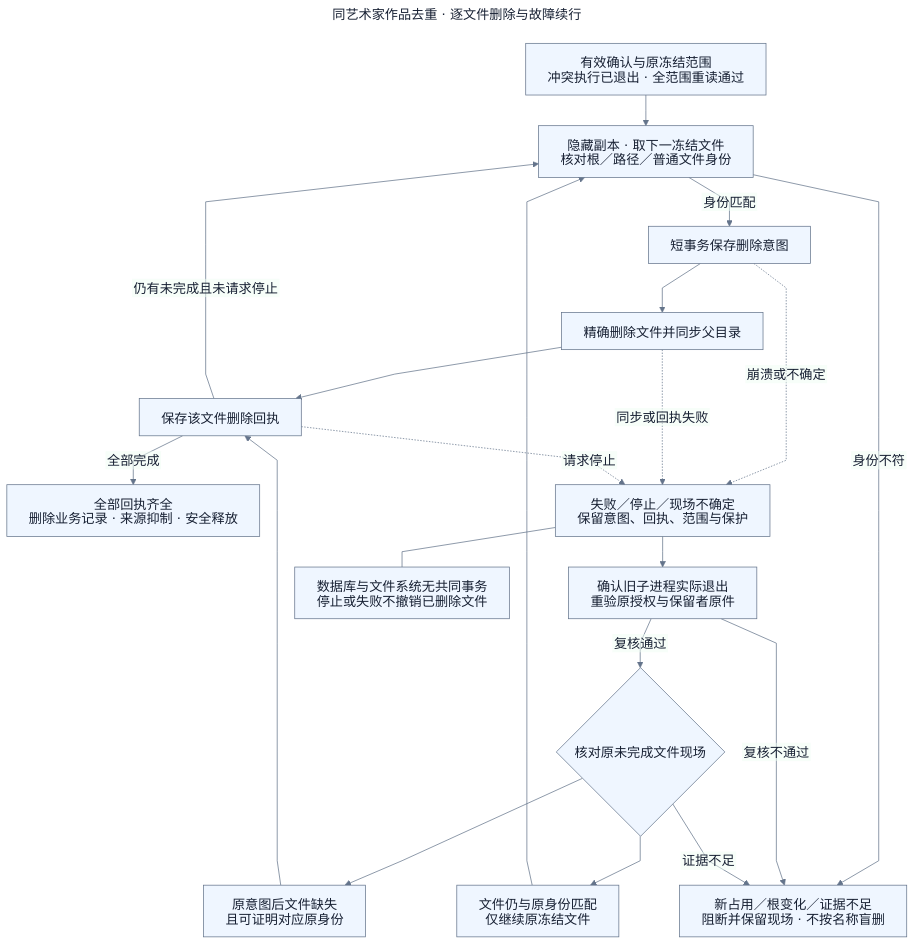
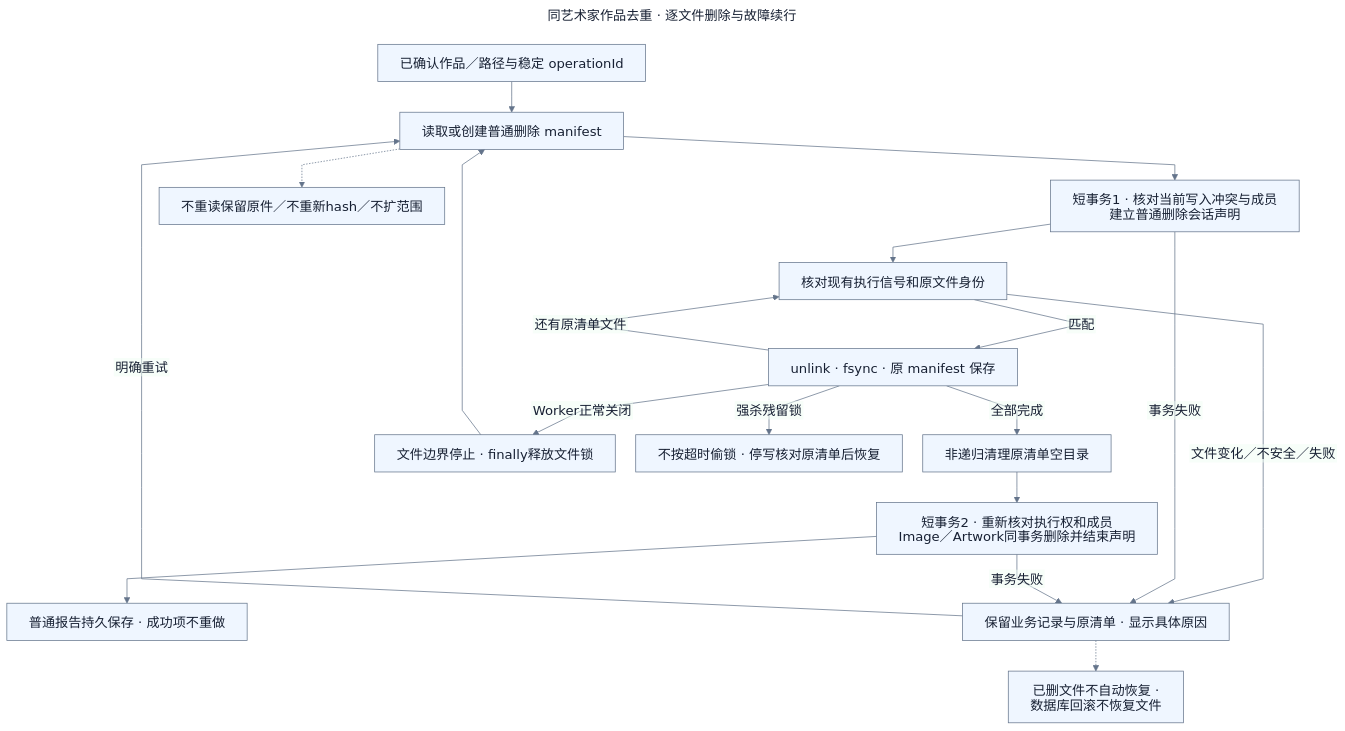
One commit to namehu/PixiShelf changed the diagram in docs/diagrams/features/artwork-deduplication/recovery.mmd. Above: the diagram before and after it, drawn with Mermaid. The commit also changed 91 other files, not shown here.

```diff
--- a/docs/diagrams/features/artwork-deduplication/recovery.mmd
+++ b/docs/diagrams/features/artwork-deduplication/recovery.mmd
@@ -1,49 +1,39 @@
 ---
 config:
   theme: base
   htmlLabels: false
   themeVariables:
     fontFamily: 'Arial, PingFang SC, Microsoft YaHei, sans-serif'
     fontSize: 18px
     background: '#ffffff'
     primaryColor: '#eff6ff'
     primaryTextColor: '#172033'
     primaryBorderColor: '#64748b'
     lineColor: '#64748b'
     secondaryColor: '#f0fdf4'
     tertiaryColor: '#fff7ed'
   flowchart:
     htmlLabels: false
     curve: linear
     nodeSpacing: 28
     rankSpacing: 42
     wrappingWidth: 340
 title: 同艺术家作品去重 · 逐文件删除与故障续行
 ---
 flowchart TB
-  R01[有效确认与原冻结范围<br/>冲突执行已退出 · 全范围重读通过]
-  R02[隐藏副本 · 取下一冻结文件<br/>核对根／路径／普通文件身份]
-  R03[短事务保存删除意图]
-  R04[精确删除文件并同步父目录]
-  R05[保存该文件删除回执]
-  R06[全部回执齐全<br/>删除业务记录 · 来源抑制 · 安全释放]
-  R07[失败／停止／现场不确定<br/>保留意图、回执、范围与保护]
-  R08[确认旧子进程实际退出<br/>重验原授权与保留者原件]
-  R09{核对原未完成文件现场}
-  R10[文件仍与原身份匹配<br/>仅继续原冻结文件]
-  R11[原意图后文件缺失<br/>且可证明对应原身份]
-  R12[新占用／根变化／证据不足<br/>阻断并保留现场 · 不按名称盲删]
-  R01 --> R02 -->|身份匹配| R03 --> R04 --> R05
-  R02 -->|身份不符| R12
-  R05 -->|仍有未完成且未请求停止| R02
-  R05 -->|全部完成| R06
-  R03 -.->|崩溃或不确定| R07
-  R04 -.->|同步或回执失败| R07
-  R05 -.->|请求停止| R07
-  R07 --> R08 -->|复核通过| R09
-  R08 -->|复核不通过| R12
-  R09 --> R10 --> R02
-  R09 --> R11 --> R05
-  R09 -->|证据不足| R12
-  R13[数据库与文件系统无共同事务<br/>停止或失败不撤销已删除文件]
-  R07 --- R13
+  A[已确认作品／路径与稳定 operationId] --> B[读取或创建普通删除 manifest]
+  B --> C[短事务1 · 核对当前写入冲突与成员<br/>建立普通删除会话声明]
+  C --> D[核对现有执行信号和原文件身份]
+  D -->|匹配| E[unlink · fsync · 原 manifest 保存]
+  E -->|还有原清单文件| D
+  E -->|全部完成| F[非递归清理原清单空目录]
+  F --> G[短事务2 · 重新核对执行权和成员<br/>Image／Artwork同事务删除并结束声明]
+  G --> H[普通报告持久保存 · 成功项不重做]
+  D -->|文件变化／不安全／失败| I[保留业务记录与原清单 · 显示具体原因]
+  C & G -->|事务失败| I
+  I -->|明确重试| B
+  E -->|Worker正常关闭| J[文件边界停止 · finally释放文件锁]
+  J --> B
+  E -->|强杀残留锁| K[不按超时偷锁 · 停写核对原清单后恢复]
+  B -.-> L[不重读保留原件／不重新hash／不扩范围]
+  I -.-> M[已删文件不自动恢复 · 数据库回滚不恢复文件]
```
